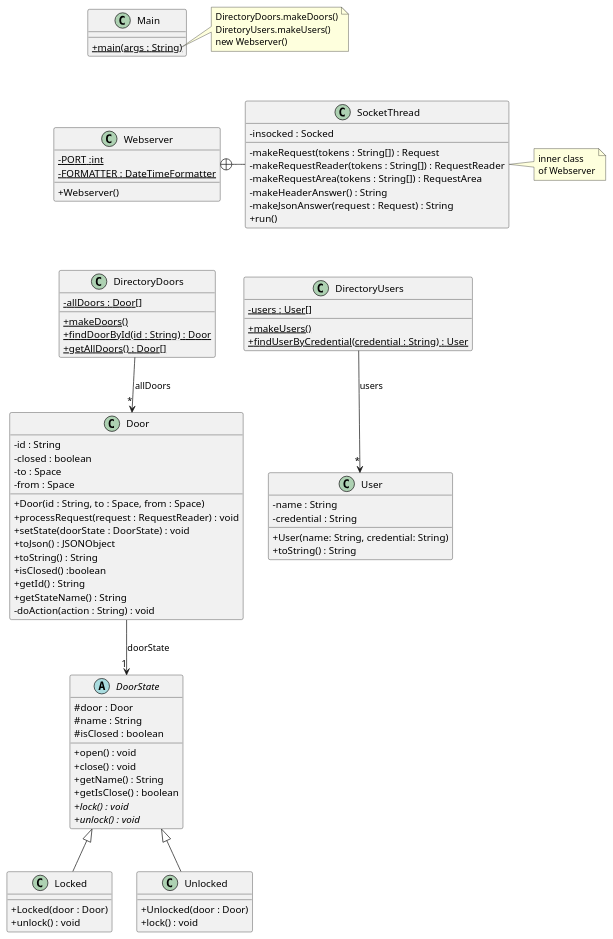
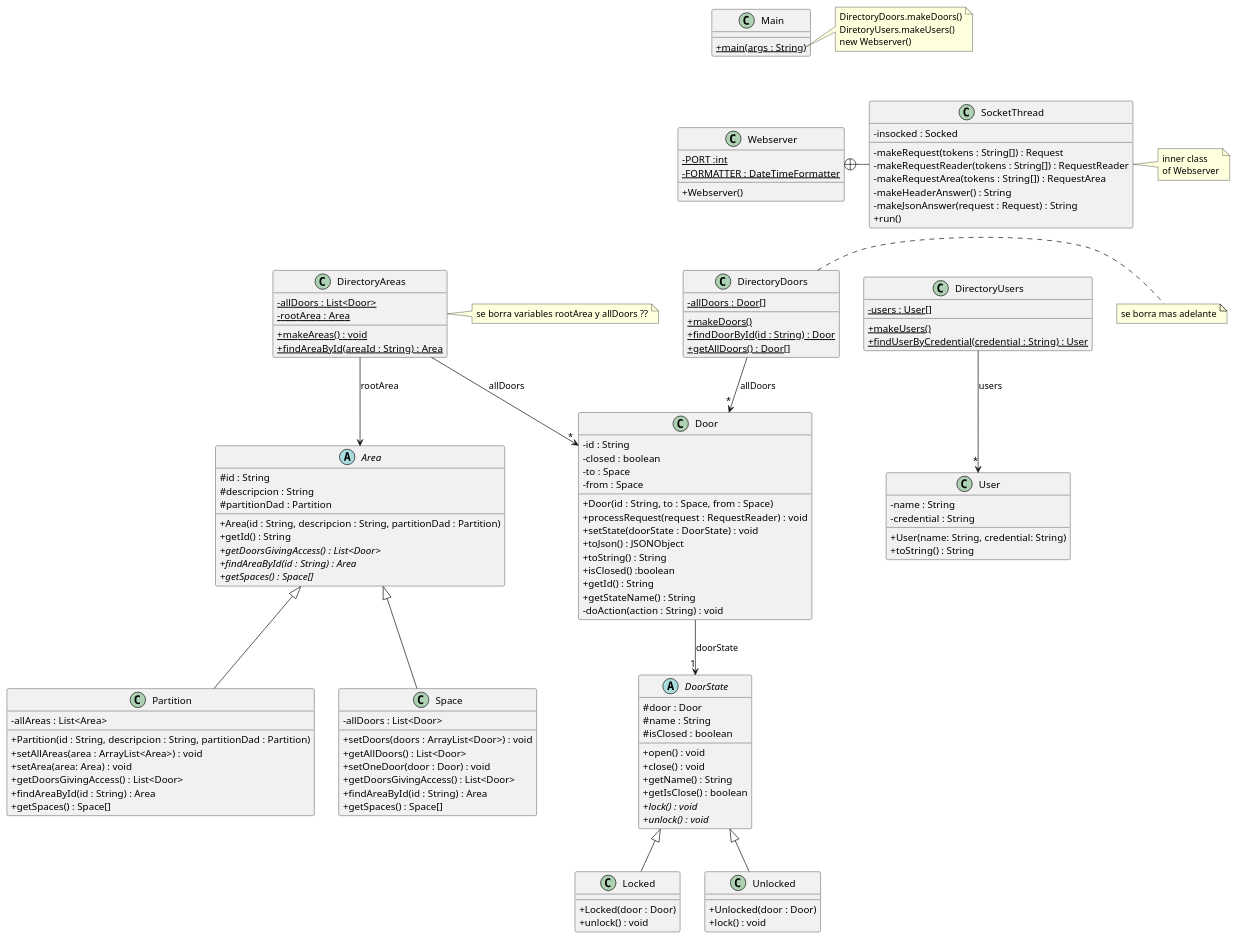
The diagram in src/baseNoStates/uml/base_no_states.puml (Jordiyy/DSPracticas), drawn with PlantUML before and after one commit. The commit also changed 8 other files, not shown here.

```diff
--- a/src/baseNoStates/uml/base_no_states.puml
+++ b/src/baseNoStates/uml/base_no_states.puml
@@ -1,107 +1,157 @@
 @startuml
 'https://plantuml.com/class-diagram
 skinparam classAttributeIconSize 0
 
 class Webserver {
     - {static} PORT :int
     - {static} FORMATTER : DateTimeFormatter
     + Webserver()
 }
 
 class SocketThread {
     - insocked : Socked
     - makeRequest(tokens : String[]) : Request
     - makeRequestReader(tokens : String[]) : RequestReader
     - makeRequestArea(tokens : String[]) : RequestArea
     - makeHeaderAnswer() : String
     - makeJsonAnswer(request : Request) : String
     + run()
 }
 
 Webserver +-right- SocketThread
 
 note right of SocketThread
 inner class
 of Webserver
 end note
 
 class DirectoryDoors {
     - {static} allDoors : Door[]
     + {static} makeDoors()
     + {static} findDoorById(id : String) : Door
     + {static} getAllDoors() : Door[]
 }
 
+note right of DirectoryDoors
+se borra mas adelante
+end note
+
 DirectoryDoors --> "*" Door : "allDoors"
 
 class DirectoryUsers {
     - {static} users : User[]
     + {static} makeUsers()
     + {static} findUserByCredential(credential : String) : User
 }
 
 DirectoryUsers --> "*" User : "users"
+
+class DirectoryAreas {
+    - {static} allDoors : List<Door>
+    - {static} rootArea : Area
+    + {static} makeAreas() : void
+    + {static} findAreaById(areaId : String) : Area
+}
+
+note right of DirectoryAreas
+se borra variables rootArea y allDoors ??
+end note
+
+DirectoryAreas --> Area : rootArea
 
 class Door {
     - id : String
     - closed : boolean
     - to : Space
     - from : Space
     + Door(id : String, to : Space, from : Space)
     + processRequest(request : RequestReader) : void
     + setState(doorState : DoorState) : void
     + toJson() : JSONObject
     + toString() : String
     + isClosed() :boolean
     + getId() : String
     '+ setClosed(b : boolean)
     + getStateName() : String
     - doAction(action : String) : void
 }
+
+DirectoryAreas --> "*" Door : allDoors
 
 class User {
     - name : String
     - credential : String
     + User(name: String, credential: String)
     + toString() : String
 }
 
 Door --> "1" DoorState : doorState
 
 abstract class DoorState {
     # door : Door
     # name : String
     # isClosed : boolean
     + open() : void
     + close() : void
     + getName() : String
     + getIsClose() : boolean
     + {abstract} lock() : void
     + {abstract} unlock() : void
     '+ {abstract} unlockShortly() : void
 }
 
 class Locked extends DoorState {
     + Locked(door : Door)
     + unlock() : void
 }
 
 class Unlocked extends DoorState {
     + Unlocked(door : Door)
     + lock() : void
 }
 
+abstract class Area {
+    # id : String
+    # descripcion : String
+    # partitionDad : Partition
+    + Area(id : String, descripcion : String, partitionDad : Partition)
+    + getId() : String
+    + {abstract} getDoorsGivingAccess() : List<Door>
+    + {abstract} findAreaById(id : String) : Area
+    + {abstract} getSpaces() : Space[]
+}
+
+class Partition extends Area {
+    - allAreas : List<Area>
+    + Partition(id : String, descripcion : String, partitionDad : Partition)
+    + setAllAreas(area : ArrayList<Area>) : void
+    + setArea(area: Area) : void
+    + getDoorsGivingAccess() : List<Door>
+    + findAreaById(id : String) : Area
+    + getSpaces() : Space[]
+}
+
+class Space extends Area {
+    - allDoors : List<Door>
+    + setDoors(doors : ArrayList<Door>) : void
+    + getAllDoors() : List<Door>
+    + setOneDoor(door : Door) : void
+    + getDoorsGivingAccess() : List<Door>
+    + findAreaById(id : String) : Area
+    + getSpaces() : Space[]
+}
+
 class Main {
     + {static} main(args : String)
 }
 
 note right of Main::main
 DirectoryDoors.makeDoors()
 DiretoryUsers.makeUsers()
 new Webserver()
 end note
 
 Main -[hidden]down- Webserver
 Webserver -[hidden]down- DirectoryDoors
 DirectoryDoors -[hidden]right- DirectoryUsers
 @enduml
```
